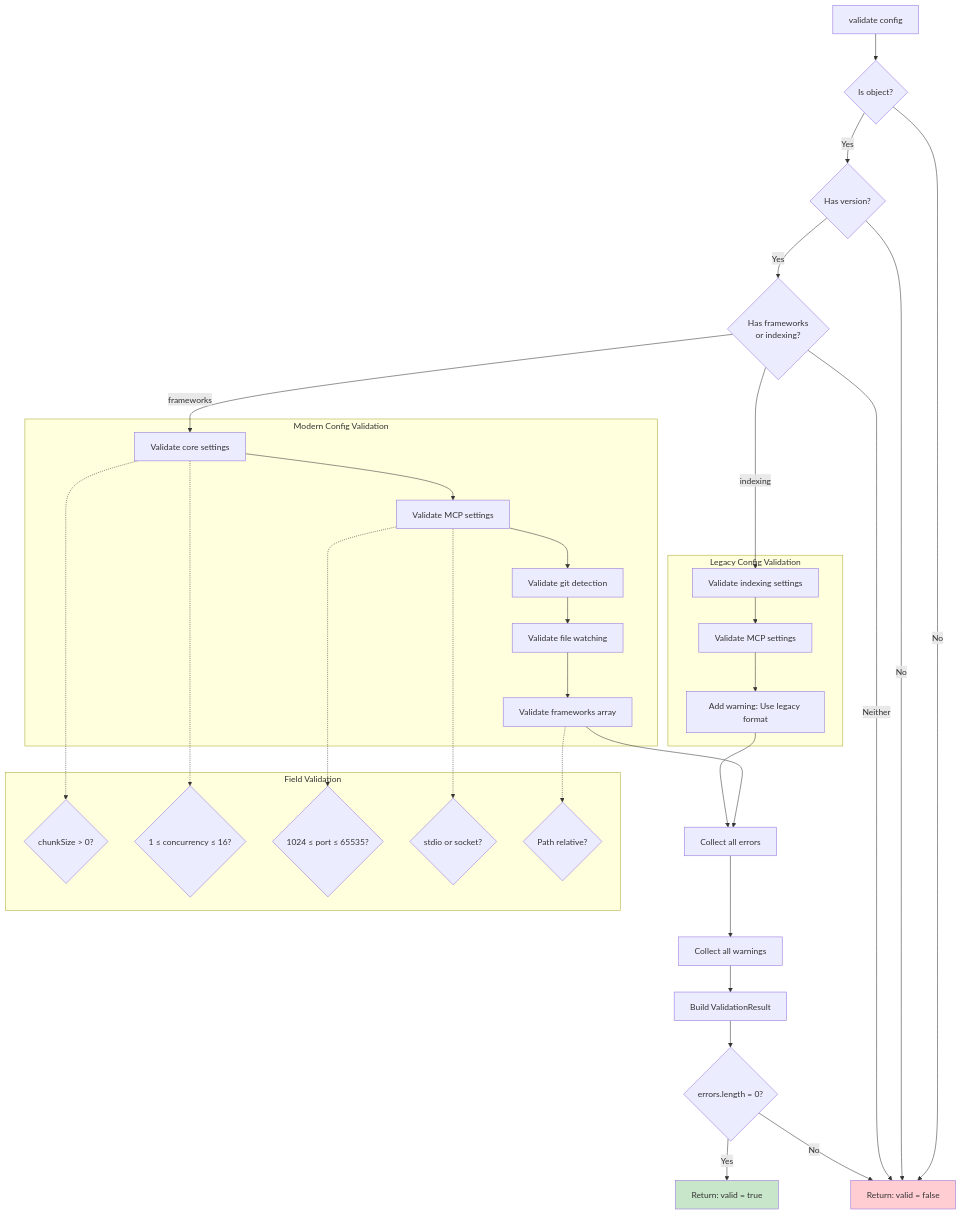
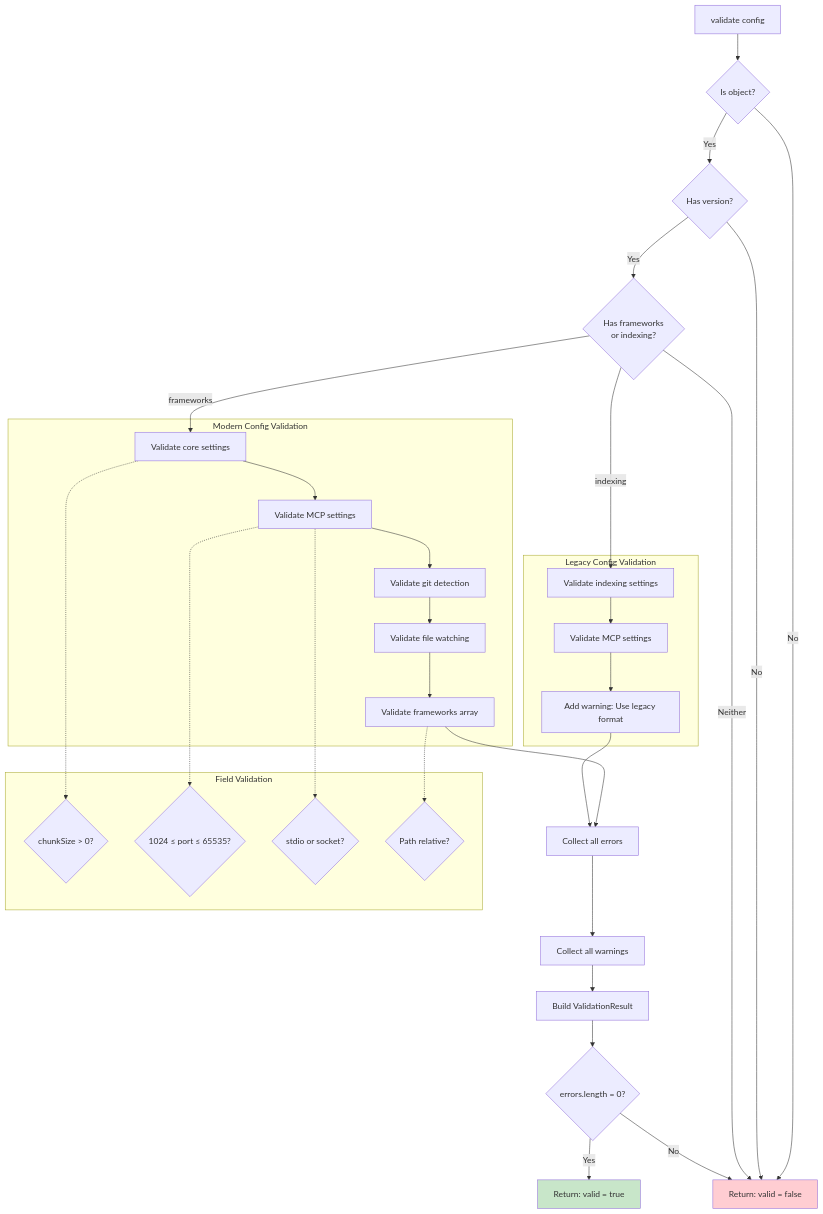
Before and after one commit to getlien/lien: the second of 2 diagrams in docs/architecture/config-system.md, drawn with Mermaid. The commit also changed other lines of this file and 14 other files, not shown here.

Commit message:
chore(core): remove dead indexing/core concurrency config keys with retired-key migration

````diff
--- a/docs/architecture/config-system.md
+++ b/docs/architecture/config-system.md
@@ -103,71 +103,69 @@
 ```mermaid
 flowchart TD
     START[validate config]
     CHECK_TYPE{Is object?}
     CHECK_VERSION{Has version?}
     CHECK_FORMAT{Has frameworks<br/>or indexing?}
     
     subgraph "Modern Config Validation"
         VAL_CORE[Validate core settings]
         VAL_MCP[Validate MCP settings]
         VAL_GIT[Validate git detection]
         VAL_WATCH[Validate file watching]
         VAL_FRAMEWORKS[Validate frameworks array]
     end
     
     subgraph "Legacy Config Validation"
         VAL_INDEXING[Validate indexing settings]
         VAL_MCP_LEG[Validate MCP settings]
         WARN_LEGACY[Add warning: Use legacy format]
     end
     
     subgraph "Field Validation"
         CHUNK_SIZE{chunkSize > 0?}
-        CONCURRENCY{1 ≤ concurrency ≤ 16?}
         PORT{1024 ≤ port ≤ 65535?}
         TRANSPORT{stdio or socket?}
         PATH{Path relative?}
     end
     
     COLLECT_ERRORS[Collect all errors]
     COLLECT_WARNINGS[Collect all warnings]
     BUILD_RESULT[Build ValidationResult]
     RETURN{errors.length = 0?}
     VALID[Return: valid = true]
     INVALID[Return: valid = false]
     
     START --> CHECK_TYPE
     CHECK_TYPE -->|No| INVALID
     CHECK_TYPE -->|Yes| CHECK_VERSION
     CHECK_VERSION -->|No| INVALID
     CHECK_VERSION -->|Yes| CHECK_FORMAT
     
     CHECK_FORMAT -->|frameworks| VAL_CORE
     CHECK_FORMAT -->|indexing| VAL_INDEXING
     CHECK_FORMAT -->|Neither| INVALID
     
     VAL_CORE --> VAL_MCP
     VAL_MCP --> VAL_GIT
     VAL_GIT --> VAL_WATCH
     VAL_WATCH --> VAL_FRAMEWORKS
     VAL_FRAMEWORKS --> COLLECT_ERRORS
     
     VAL_INDEXING --> VAL_MCP_LEG
     VAL_MCP_LEG --> WARN_LEGACY
     WARN_LEGACY --> COLLECT_ERRORS
     
     VAL_CORE -.-> CHUNK_SIZE
-    VAL_CORE -.-> CONCURRENCY
     VAL_MCP -.-> PORT
     VAL_MCP -.-> TRANSPORT
     VAL_FRAMEWORKS -.-> PATH
     
     COLLECT_ERRORS --> COLLECT_WARNINGS
     COLLECT_WARNINGS --> BUILD_RESULT
     BUILD_RESULT --> RETURN
     RETURN -->|Yes| VALID
     RETURN -->|No| INVALID
     
     style VALID fill:#c8e6c9
     style INVALID fill:#ffcdd2
 ```
````
